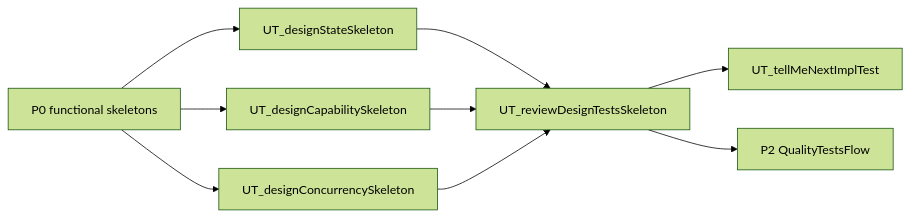
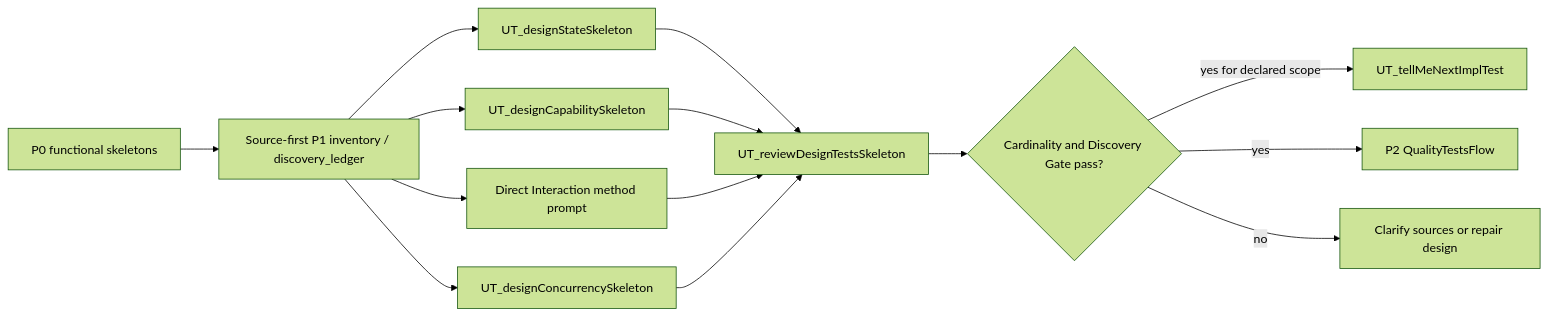
Before and after one commit to EnigmaWU/MyCaTDD: the diagram in slashCommands/flows/P1-DesignTestsFlow.md, drawn with Mermaid (forest theme). The commit also changed other lines of this file and 25 other files, not shown here.

````diff
--- a/slashCommands/flows/P1-DesignTestsFlow.md
+++ b/slashCommands/flows/P1-DesignTestsFlow.md
@@ -38,11 +47,16 @@
 ```mermaid
 flowchart LR
-    Functional["P0 functional skeletons"] --> State["UT_designStateSkeleton"]
-    Functional --> Capability["UT_designCapabilitySkeleton"]
-    Functional --> Concurrency["UT_designConcurrencySkeleton"]
+    Functional["P0 functional skeletons"] --> Inventory["Source-first P1 inventory / discovery_ledger"]
+    Inventory --> State["UT_designStateSkeleton"]
+    Inventory --> Capability["UT_designCapabilitySkeleton"]
+    Inventory --> Interaction["Direct Interaction method prompt"]
+    Inventory --> Concurrency["UT_designConcurrencySkeleton"]
     State --> Review["UT_reviewDesignTestsSkeleton"]
     Capability --> Review
+    Interaction --> Review
     Concurrency --> Review
-    Review --> NextTC["UT_tellMeNextImplTest"]
-    Review --> Quality["P2 QualityTestsFlow"]
+    Review --> Gate{"Cardinality and Discovery Gate pass?"}
+    Gate -->|yes for declared scope| NextTC["UT_tellMeNextImplTest"]
+    Gate -->|yes| Quality["P2 QualityTestsFlow"]
+    Gate -->|no| Clarify["Clarify sources or repair design"]
 ```
````
